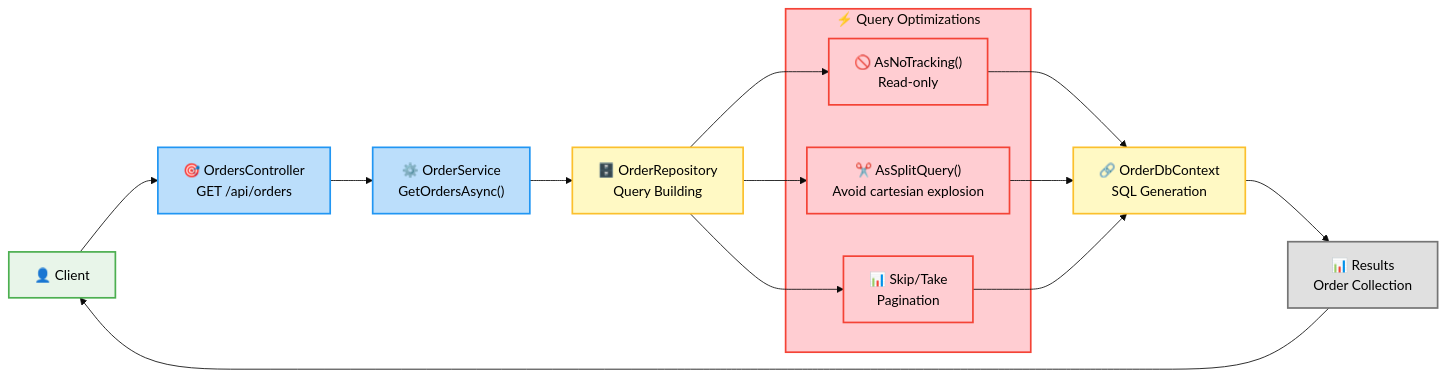
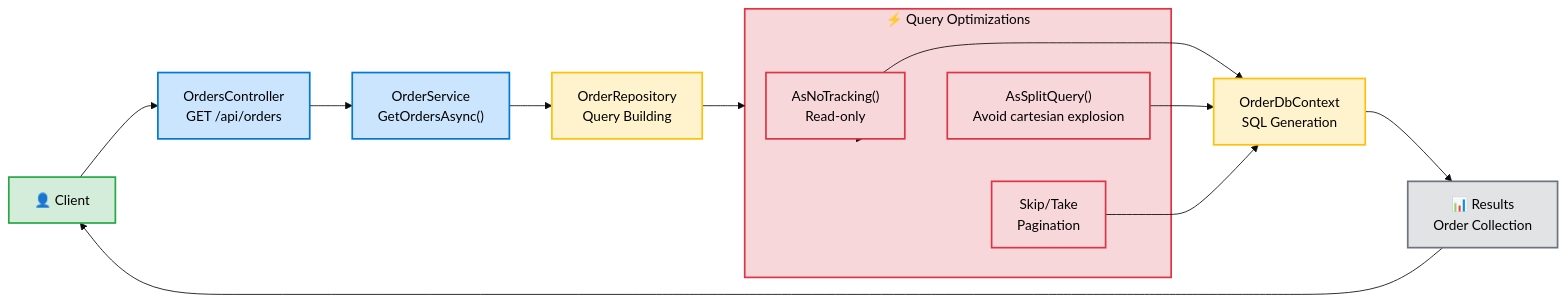
One commit to Evilazaro/Azure-LogicApps-Monitoring changed the eighth of 13 diagrams in docs/architecture/business-layer-architecture.md. Above: the diagram before and after it, drawn with Mermaid. The commit also changed other lines of this file and 1 other file, not shown here.

````diff
--- a/docs/architecture/business-layer-architecture.md
+++ b/docs/architecture/business-layer-architecture.md
@@ -720,63 +773,63 @@
 ```mermaid
 ---
 config:
   theme: base
+  themeVariables:
+    primaryColor: "#0078D4"
 ---
 flowchart LR
     accTitle: Query Operations Data Flow
     accDescr: Shows optimized read patterns for order retrieval operations
 
     %% Client Request
     client["👤 Client"]
 
     %% API Layer
-    controller["🎯 OrdersController<br/>GET /api/orders"]
+    controller["OrdersController<br/>GET /api/orders"]
 
     %% Service Layer
-    service["⚙️ OrderService<br/>GetOrdersAsync()"]
+    service["OrderService<br/>GetOrdersAsync()"]
 
     %% Repository Layer
-    repo["🗄️ OrderRepository<br/>Query Building"]
+    repo["OrderRepository<br/>Query Building"]
 
     %% Database Layer
-    db["🔗 OrderDbContext<br/>SQL Generation"]
+    db["OrderDbContext<br/>SQL Generation"]
 
     %% Query Optimizations
     subgraph optimizations["⚡ Query Optimizations"]
-        noTracking["🚫 AsNoTracking()<br/>Read-only"]
-        splitQuery["✂️ AsSplitQuery()<br/>Avoid cartesian explosion"]
-        pagination["📊 Skip/Take<br/>Pagination"]
+        noTracking["AsNoTracking()<br/>Read-only"]
+        splitQuery["AsSplitQuery()<br/>Avoid cartesian explosion"]
+        pagination["Skip/Take<br/>Pagination"]
     end
 
     %% Results
     results["📊 Results<br/>Order Collection"]
 
     %% Flow
     client --> controller
     controller --> service
     service --> repo
-    repo --> noTracking
-    repo --> splitQuery
-    repo --> pagination
+    repo --> optimizations
+    optimizations --> noTracking
+    optimizations --> splitQuery
+    optimizations --> pagination
     noTracking --> db
     splitQuery --> db
     pagination --> db
     db --> results
     results --> client
 
-    %% Styling with explicit hex colors (Microsoft Fluent UI / Azure palette)
-    classDef clientStyle fill:#E8F5E9,stroke:#4CAF50,stroke-width:2px,color:#000
-    classDef apiStyle fill:#BBDEFB,stroke:#2196F3,stroke-width:2px,color:#000
-    classDef dataStyle fill:#FFF9C4,stroke:#FBC02D,stroke-width:2px,color:#000
-    classDef optimizationStyle fill:#FFCDD2,stroke:#F44336,stroke-width:2px,color:#000
-    classDef resultStyle fill:#E0E0E0,stroke:#757575,stroke-width:2px,color:#000
+    %% Styling
+    classDef clientStyle fill:#D4EDDA,stroke:#28A745,stroke-width:2px,color:#000
+    classDef apiStyle fill:#CCE5FF,stroke:#0078D4,stroke-width:2px,color:#000
+    classDef dataStyle fill:#FFF3CD,stroke:#FFC107,stroke-width:2px,color:#000
+    classDef optimizationStyle fill:#F8D7DA,stroke:#DC3545,stroke-width:2px,color:#000
+    classDef resultStyle fill:#E2E3E5,stroke:#6C757D,stroke-width:2px,color:#000
 
     class client clientStyle
     class controller,service apiStyle
     class repo,db dataStyle
-    class noTracking,splitQuery,pagination optimizationStyle
+    class optimizations,noTracking,splitQuery,pagination optimizationStyle
     class results resultStyle
-
-    %% Subgraph styling (MRM-S001 compliant - use style not class)
-    style optimizations fill:#FFCDD2,stroke:#F44336,stroke-width:2px
 ```
````
